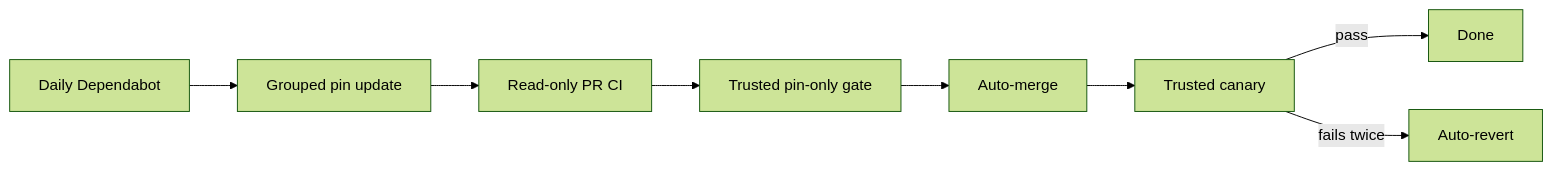
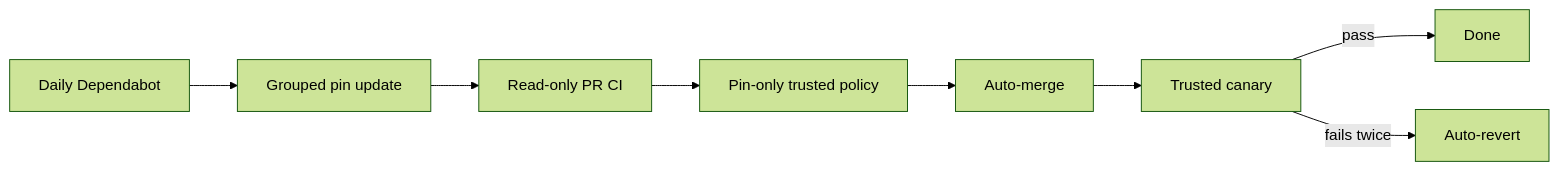
Before and after one commit to BlackF1re/atlantian: the second of 2 diagrams in README.md, drawn with Mermaid (forest theme). The commit also changed other lines of this file and 15 other files, not shown here.

````diff
--- a/README.md
+++ b/README.md
@@ -247,10 +250,10 @@
 ```mermaid
 flowchart LR
     A[Daily Dependabot] --> B[Grouped pin update]
     B --> C[Read-only PR CI]
-    C --> D[Trusted pin-only gate]
+    C --> D[Pin-only trusted policy]
     D --> E[Auto-merge]
     E --> F[Trusted canary]
     F -->|pass| G[Done]
     F -->|fails twice| H[Auto-revert]
 ```
````
